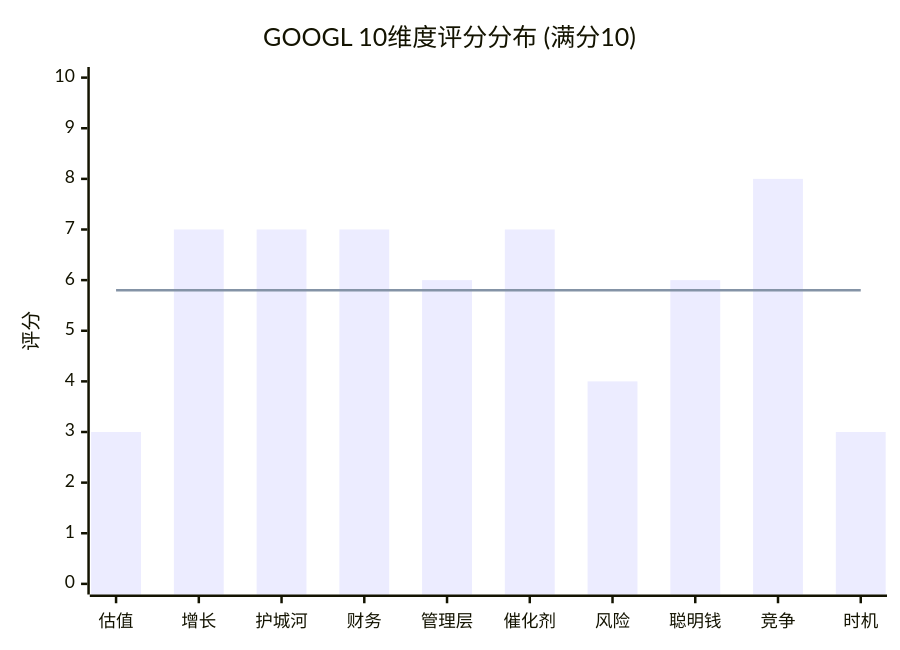
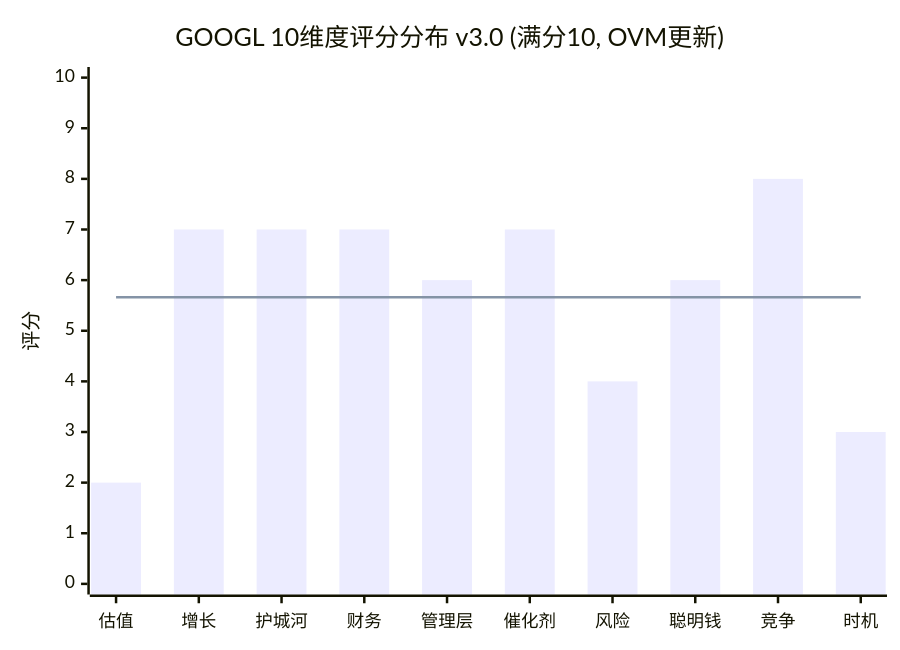
One commit to miltonnewyork25-afk/investment-master changed the second of 4 diagrams in reports/GOOGL_v2/staging/Ch23_scoring_valuation.md. Above: the diagram before and after it, drawn with Mermaid. The commit also changed other lines of this file and 4 other files, not shown here.

````diff
--- a/reports/GOOGL_v2/staging/Ch23_scoring_valuation.md
+++ b/reports/GOOGL_v2/staging/Ch23_scoring_valuation.md
@@ -319,13 +331,13 @@
 ```mermaid
 ---
 config:
   themeVariables:
     fontSize: 14px
 ---
 xychart-beta
-    title "GOOGL 10维度评分分布 (满分10)"
+    title "GOOGL 10维度评分分布 v3.0 (满分10, OVM更新)"
     x-axis ["估值", "增长", "护城河", "财务", "管理层", "催化剂", "风险", "聪明钱", "竞争", "时机"]
     y-axis "评分" 0 --> 10
-    bar [3, 7, 7, 7, 6, 7, 4, 6, 8, 3]
-    line [5.8, 5.8, 5.8, 5.8, 5.8, 5.8, 5.8, 5.8, 5.8, 5.8]
+    bar [2, 7, 7, 7, 6, 7, 4, 6, 8, 3]
+    line [5.66, 5.66, 5.66, 5.66, 5.66, 5.66, 5.66, 5.66, 5.66, 5.66]
 ```
````
